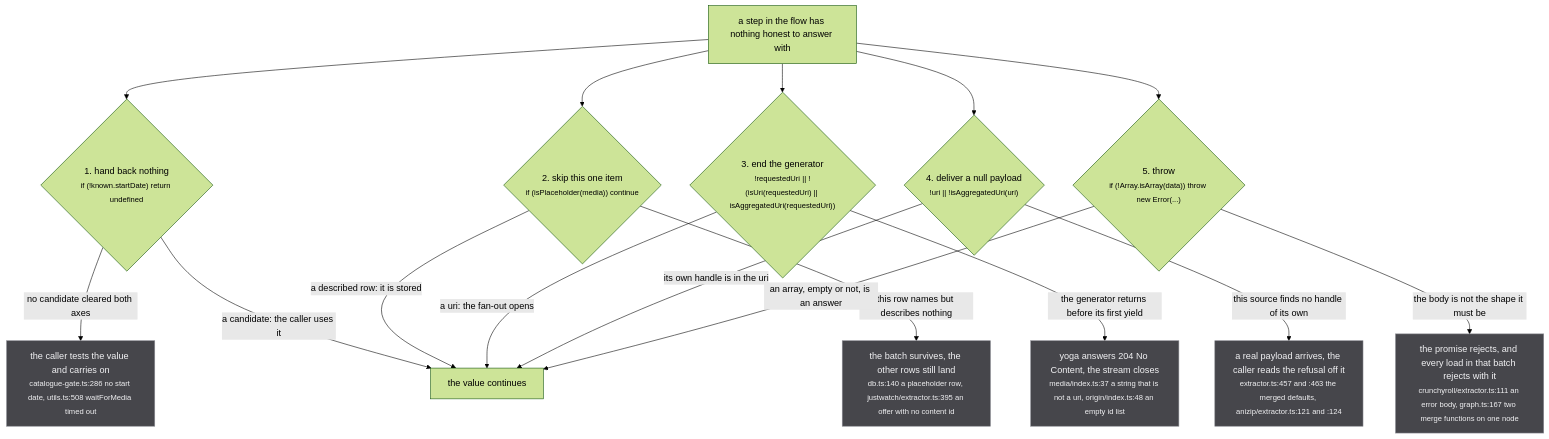
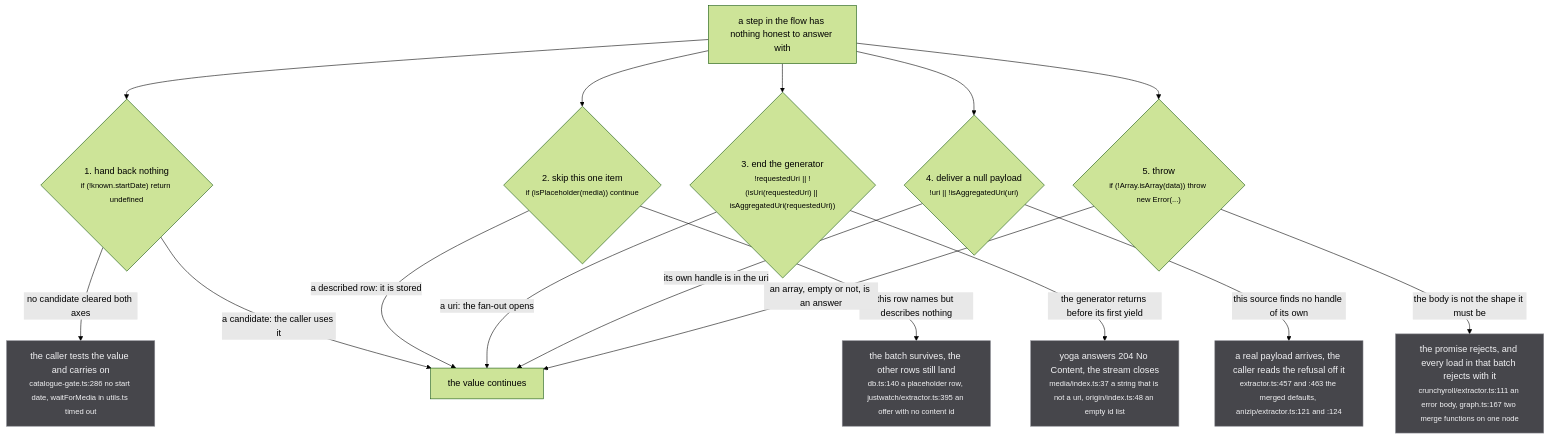
The first of 2 diagrams in docs/src/content/docs/invariants/refusals.md (banou26/stub), drawn with Mermaid (forest theme) before and after one commit. The commit also changed other lines of this file and 44 other files, not shown here.

````diff
--- a/docs/src/content/docs/invariants/refusals.md
+++ b/docs/src/content/docs/invariants/refusals.md
@@ -30,23 +30,23 @@
 ```mermaid
 flowchart TD
   R["a step in the flow has nothing honest to answer with"] --> K1{"1. hand back nothing<br/><small>if (!known.startDate) return undefined</small>"}
   R --> K2{"2. skip this one item<br/><small>if (isPlaceholder(media)) continue</small>"}
   R --> K3{"3. end the generator<br/><small>!requestedUri || !(isUri(requestedUri) || isAggregatedUri(requestedUri))</small>"}
   R --> K4{"4. deliver a null payload<br/><small>!uri || !isAggregatedUri(uri)</small>"}
   R --> K5{"5. throw<br/><small>if (!Array.isArray(data)) throw new Error(...)</small>"}
-  K1 -->|"no candidate cleared both axes"| O1["the caller tests the value and carries on<br/><small>catalogue-gate.ts:286 no start date, utils.ts:508 waitForMedia timed out</small>"]
+  K1 -->|"no candidate cleared both axes"| O1["the caller tests the value and carries on<br/><small>catalogue-gate.ts:286 no start date, waitForMedia in utils.ts timed out</small>"]
   K1 -->|"a candidate: the caller uses it"| GO["the value continues"]
   K2 -->|"this row names but describes nothing"| O2["the batch survives, the other rows still land<br/><small>db.ts:140 a placeholder row, justwatch/extractor.ts:395 an offer with no content id</small>"]
   K2 -->|"a described row: it is stored"| GO
   K3 -->|"the generator returns before its first yield"| O3["yoga answers 204 No Content, the stream closes<br/><small>media/index.ts:37 a string that is not a uri, origin/index.ts:48 an empty id list</small>"]
   K3 -->|"a uri: the fan-out opens"| GO
   K4 -->|"this source finds no handle of its own"| O4["a real payload arrives, the caller reads the refusal off it<br/><small>extractor.ts:457 and :463 the merged defaults, anizip/extractor.ts:121 and :124</small>"]
   K4 -->|"its own handle is in the uri"| GO
   K5 -->|"the body is not the shape it must be"| O5["the promise rejects, and every load in that batch rejects with it<br/><small>crunchyroll/extractor.ts:111 an error body, graph.ts:167 two merge functions on one node</small>"]
   K5 -->|"an array, empty or not, is an answer"| GO
   classDef irrev fill:#b03f33,stroke:#e0796f,color:#ffffff
   classDef ratchet fill:#8f5a0e,stroke:#f2b45c,color:#ffffff
   classDef view fill:#4572b5,stroke:#8db0de,color:#ffffff
   classDef refuse fill:#46464b,stroke:#8b8c93,color:#f2f2f4
   class O1,O2,O3,O4,O5 refuse
 ```
````
